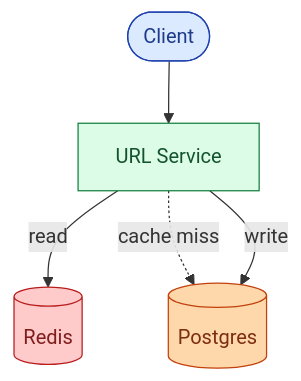
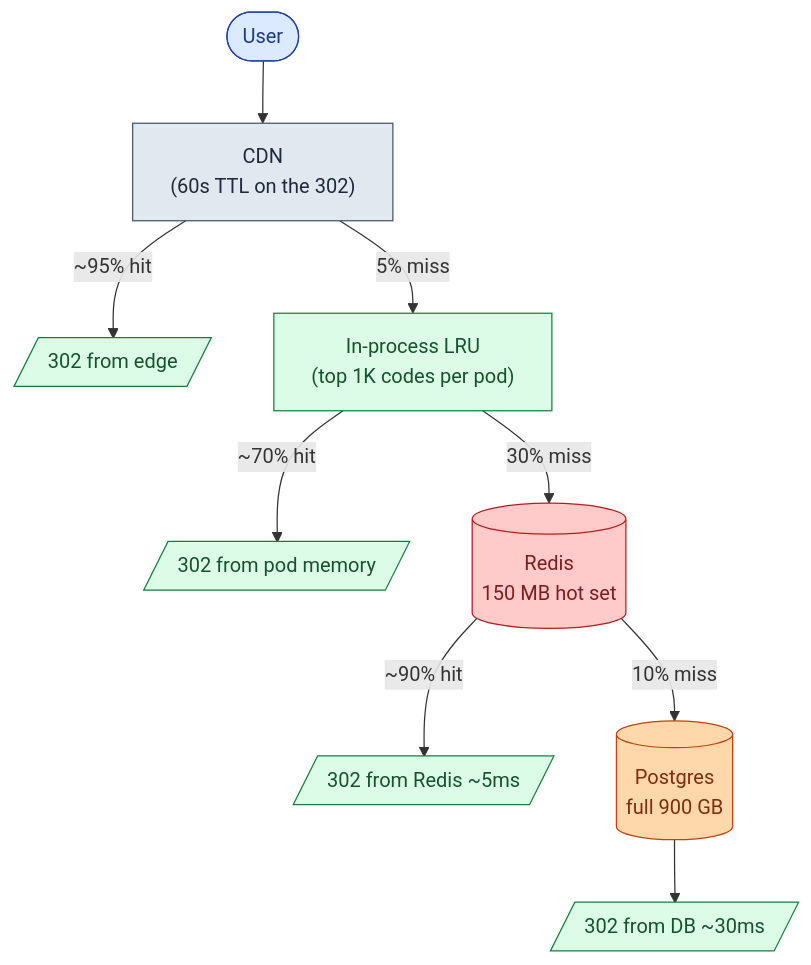
Before and after one commit to shiningflash/system-design: the fifth of 10 diagrams in problems/001-url-shortener/question.md, drawn with Mermaid. The commit also changed other lines of this file and 1 other file, not shown here.

First line of the commit message:
Rewrite URL shortener problem & solution

````diff
--- a/problems/001-url-shortener/question.md
+++ b/problems/001-url-shortener/question.md
@@ -236,12 +217,18 @@
 ```mermaid
 flowchart TB
-    C([Client]):::user --> S["URL Service"]:::app
-    S -->|read| Cache[("Redis")]:::cache
-    S -.cache miss.-> DB[("Postgres")]:::db
-    S -->|write| DB
+    User([User]):::user --> CDN["CDN<br/>(60s TTL on the 302)"]:::edge
+    CDN -->|"~95% hit"| Resp1[/302 from edge/]:::ok
+    CDN -->|"5% miss"| InProc["In-process LRU<br/>(top 1K codes per pod)"]:::app
+    InProc -->|"~70% hit"| Resp2[/302 from pod memory/]:::ok
+    InProc -->|"30% miss"| Redis[("Redis<br/>150 MB hot set")]:::cache
+    Redis -->|"~90% hit"| Resp3[/302 from Redis ~5ms/]:::ok
+    Redis -->|"10% miss"| DB[("Postgres<br/>full 900 GB")]:::db
+    DB --> Resp4[/302 from DB ~30ms/]:::ok
 
     classDef user fill:#dbeafe,stroke:#1e40af,color:#1e3a8a
+    classDef edge fill:#e2e8f0,stroke:#475569,color:#1e293b
     classDef app fill:#dcfce7,stroke:#15803d,color:#14532d
     classDef db fill:#fed7aa,stroke:#c2410c,color:#7c2d12
     classDef cache fill:#fecaca,stroke:#b91c1c,color:#7f1d1d
+    classDef ok fill:#dcfce7,stroke:#15803d,color:#14532d
 ```
````
